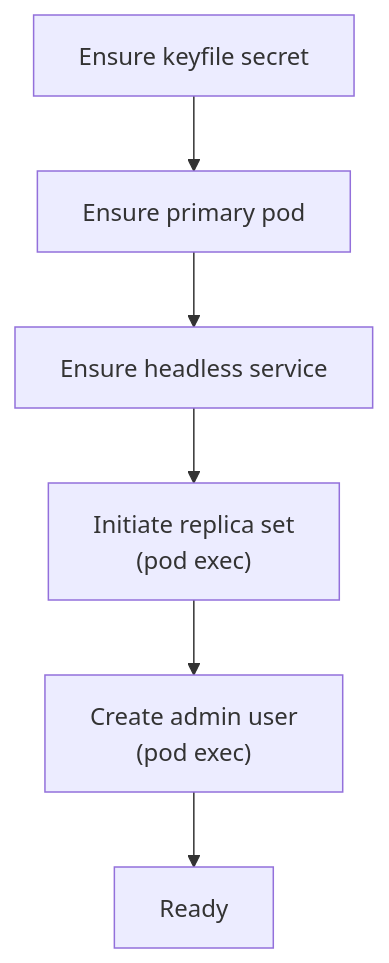
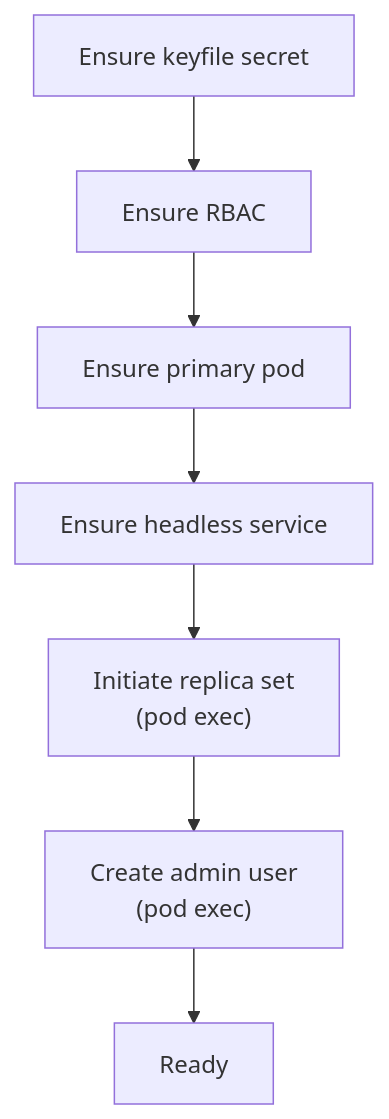
Before and after one commit to MrHachi/mongodb-operator: the second of 6 diagrams in docs/architecture.md, drawn with Mermaid. The commit also changed 31 other files, not shown here.

````diff
--- a/docs/architecture.md
+++ b/docs/architecture.md
@@ -47,16 +47,18 @@
 ```mermaid
 
 flowchart TD
     EnsureKeyfileSecret["Ensure keyfile secret"]
+    EnsureRBAC["Ensure RBAC"]
     EnsureFirstPod["Ensure primary pod"]
     EnsureService["Ensure headless service"]
     InitRS["Initiate replica set<br>(pod exec)"]
     InitAdmin["Create admin user<br>(pod exec)"]
     InitDone["Ready"]
 
-    EnsureKeyfileSecret --> EnsureFirstPod
+    EnsureKeyfileSecret --> EnsureRBAC
+    EnsureRBAC --> EnsureFirstPod
     EnsureFirstPod --> EnsureService
     EnsureService --> InitRS
     InitRS --> InitAdmin
     InitAdmin --> InitDone
 ```
````
